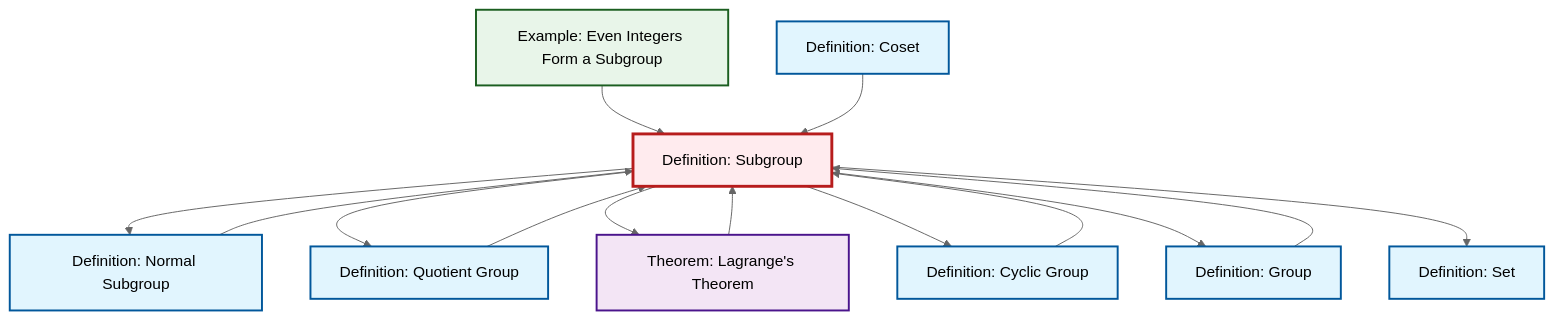
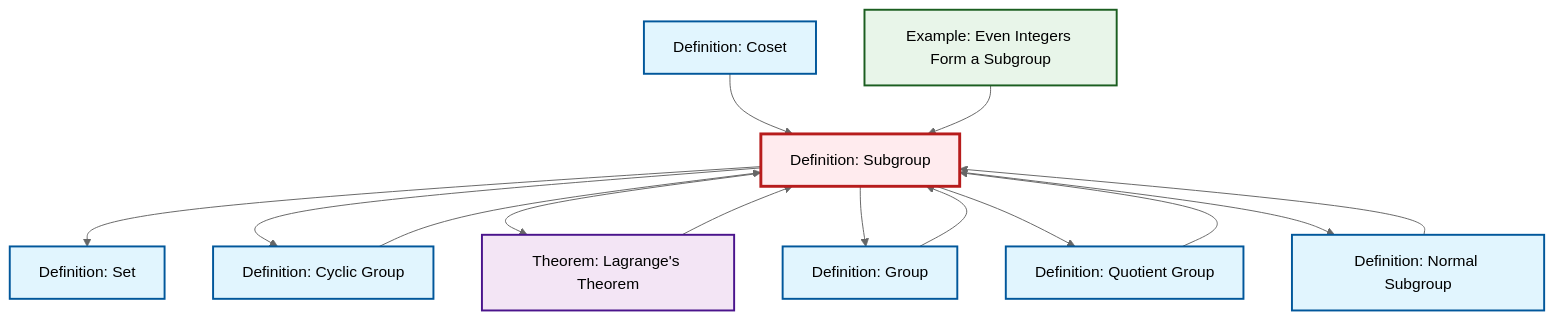
The diagram in content/en/algebra/def-subgroup.qmd (RK0429/ModernMath), drawn with Mermaid (neutral theme) before and after one commit. The commit also changed other lines of this file and 491 other files, not shown here.

````diff
--- a/content/en/algebra/def-subgroup.qmd
+++ b/content/en/algebra/def-subgroup.qmd
@@ -52,40 +52,40 @@
 ```{mermaid}
 %%| fig-cap: "Local dependency graph"
 graph TD
     classDef definition fill:#e1f5fe,stroke:#01579b,stroke-width:2px
     classDef theorem fill:#f3e5f5,stroke:#4a148c,stroke-width:2px
     classDef axiom fill:#fff3e0,stroke:#e65100,stroke-width:2px
     classDef example fill:#e8f5e9,stroke:#1b5e20,stroke-width:2px
     classDef current fill:#ffebee,stroke:#b71c1c,stroke-width:3px
+    ex-even-integers-subgroup["Example: Even Integers Form a Subgroup"]:::example
+    def-cyclic-group["Definition: Cyclic Group"]:::definition
+    def-normal-subgroup["Definition: Normal Subgroup"]:::definition
+    def-subgroup["Definition: Subgroup"]:::definition
+    def-coset["Definition: Coset"]:::definition
+    def-group["Definition: Group"]:::definition
+    thm-lagrange["Theorem: Lagrange's Theorem"]:::theorem
     def-set["Definition: Set"]:::definition
-    def-subgroup["Definition: Subgroup"]:::definition
-    def-group["Definition: Group"]:::definition
-    def-cyclic-group["Definition: Cyclic Group"]:::definition
-    thm-lagrange["Theorem: Lagrange's Theorem"]:::theorem
-    ex-even-integers-subgroup["Example: Even Integers Form a Subgroup"]:::example
-    def-coset["Definition: Coset"]:::definition
-    def-normal-subgroup["Definition: Normal Subgroup"]:::definition
     def-quotient-group["Definition: Quotient Group"]:::definition
+    def-subgroup --> def-set
+    def-quotient-group --> def-subgroup
+    def-normal-subgroup --> def-subgroup
+    def-coset --> def-subgroup
+    def-subgroup --> def-cyclic-group
+    def-group --> def-subgroup
+    def-subgroup --> thm-lagrange
+    def-subgroup --> def-group
+    def-subgroup --> def-quotient-group
+    thm-lagrange --> def-subgroup
+    def-cyclic-group --> def-subgroup
+    def-subgroup --> def-normal-subgroup
     ex-even-integers-subgroup --> def-subgroup
-    def-subgroup --> def-normal-subgroup
-    def-subgroup --> def-quotient-group
-    def-normal-subgroup --> def-subgroup
-    def-quotient-group --> def-subgroup
-    def-subgroup --> thm-lagrange
-    def-subgroup --> def-cyclic-group
-    def-coset --> def-subgroup
-    thm-lagrange --> def-subgroup
-    def-group --> def-subgroup
-    def-cyclic-group --> def-subgroup
-    def-subgroup --> def-group
-    def-subgroup --> def-set
     class def-subgroup current
+    click ex-even-integers-subgroup "ex-even-integers-subgroup.html" "Go to Even Integers Form a Subgroup example"
+    click def-cyclic-group "def-cyclic-group.html" "Go to Cyclic Group definition"
+    click def-normal-subgroup "def-normal-subgroup.html" "Go to Normal Subgroup definition"
+    click def-coset "def-coset.html" "Go to Coset definition"
+    click def-group "def-group.html" "Go to Group definition"
+    click thm-lagrange "thm-lagrange.html" "Go to Lagrange's Theorem theorem"
     click def-set "def-set.html" "Go to Set definition"
-    click def-group "def-group.html" "Go to Group definition"
-    click def-cyclic-group "def-cyclic-group.html" "Go to Cyclic Group definition"
-    click thm-lagrange "thm-lagrange.html" "Go to Lagrange's Theorem theorem"
-    click ex-even-integers-subgroup "ex-even-integers-subgroup.html" "Go to Even Integers Form a Subgroup example"
-    click def-coset "def-coset.html" "Go to Coset definition"
-    click def-normal-subgroup "def-normal-subgroup.html" "Go to Normal Subgroup definition"
     click def-quotient-group "def-quotient-group.html" "Go to Quotient Group definition"
 ```
````
